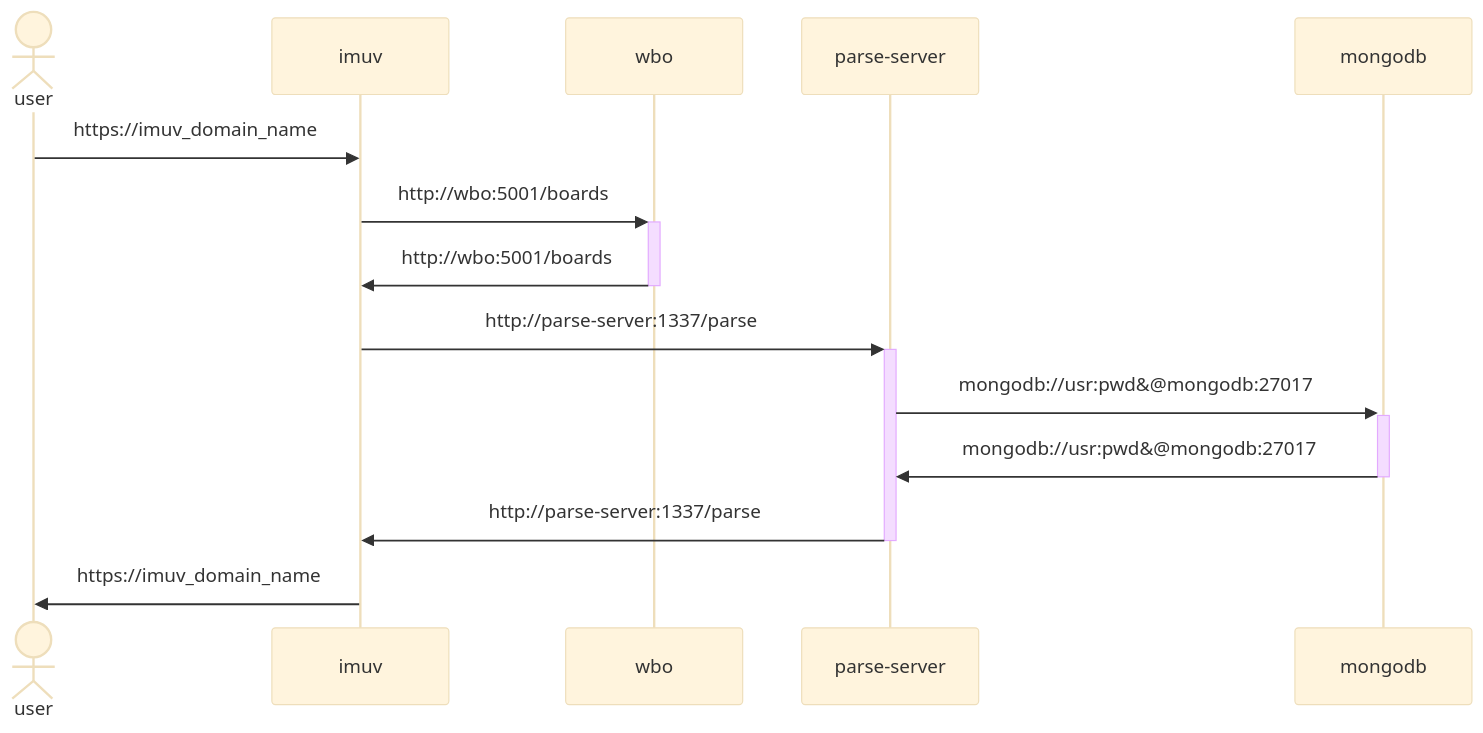
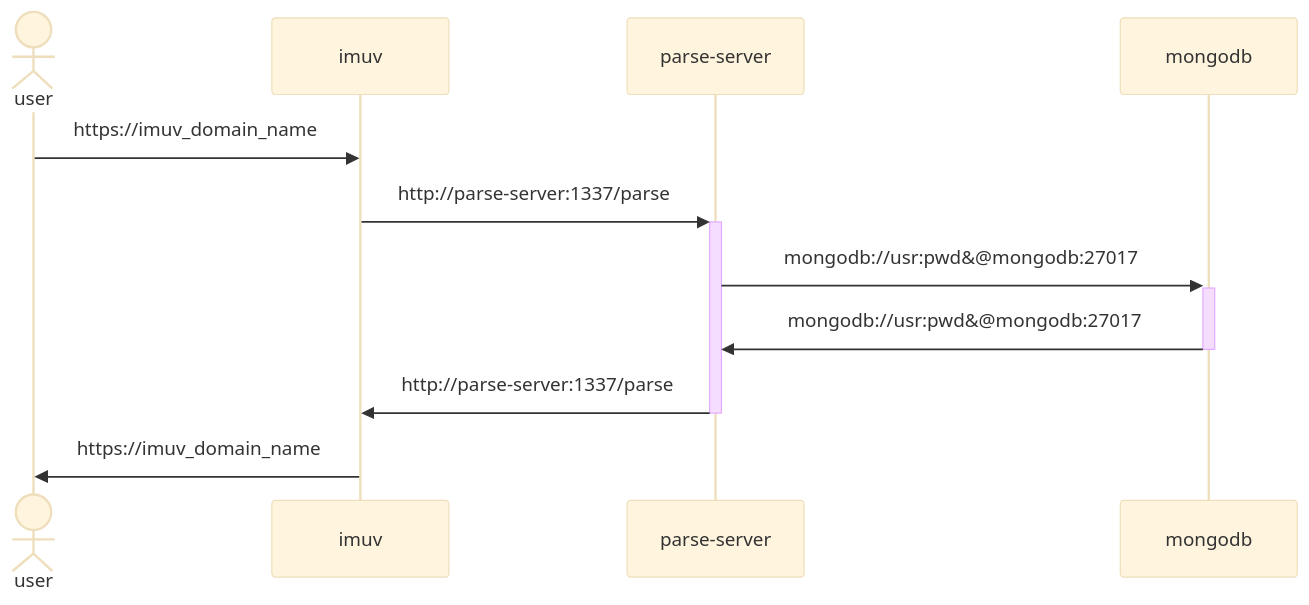
Before and after one commit to VCityTeam/UD-Demo-IMU-Imuv: the second of 2 diagrams in Readme.md, drawn with Mermaid (base theme). The commit also changed other lines of this file and 2 other files, not shown here.

````diff
--- a/Readme.md
+++ b/Readme.md
@@ -31,12 +31,10 @@
 ```mermaid
 sequenceDiagram
     actor user
     user->>imuv : https://imuv_domain_name
-    imuv->>+wbo: http://wbo:5001/boards
-    wbo->>-imuv: http://wbo:5001/boards
     imuv->>+parse-server: http://parse-server:1337/parse
     parse-server->>+mongodb:mongodb://usr:pwd&#64;mongodb:27017
     mongodb->>-parse-server:mongodb://usr:pwd&#64;mongodb:27017
     parse-server->>-imuv: http://parse-server:1337/parse
     imuv->>user : https://imuv_domain_name
 ```
````
